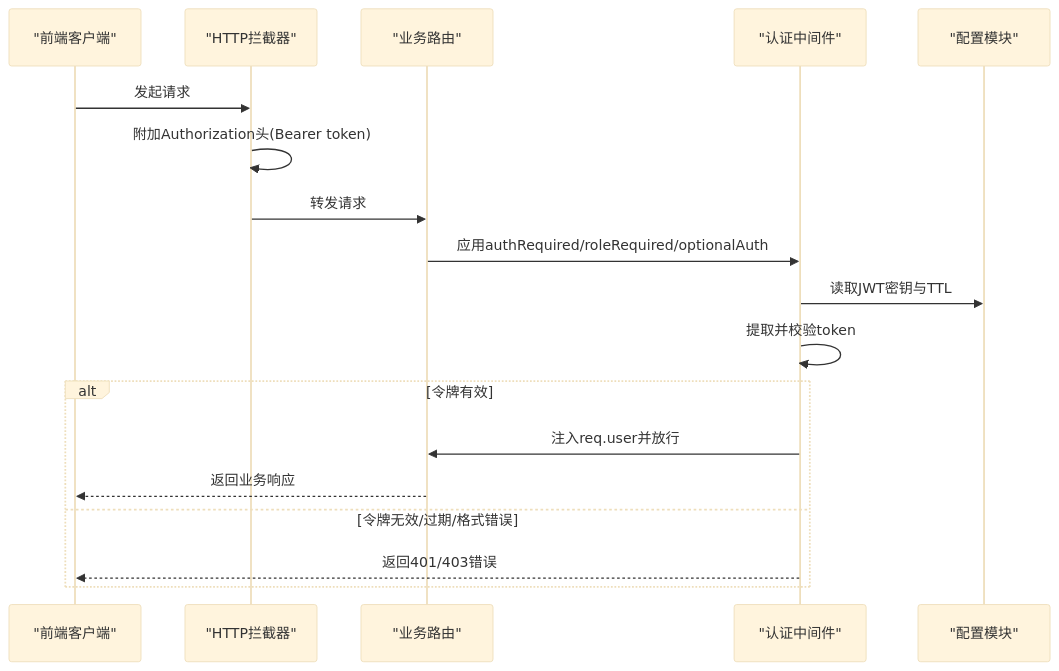
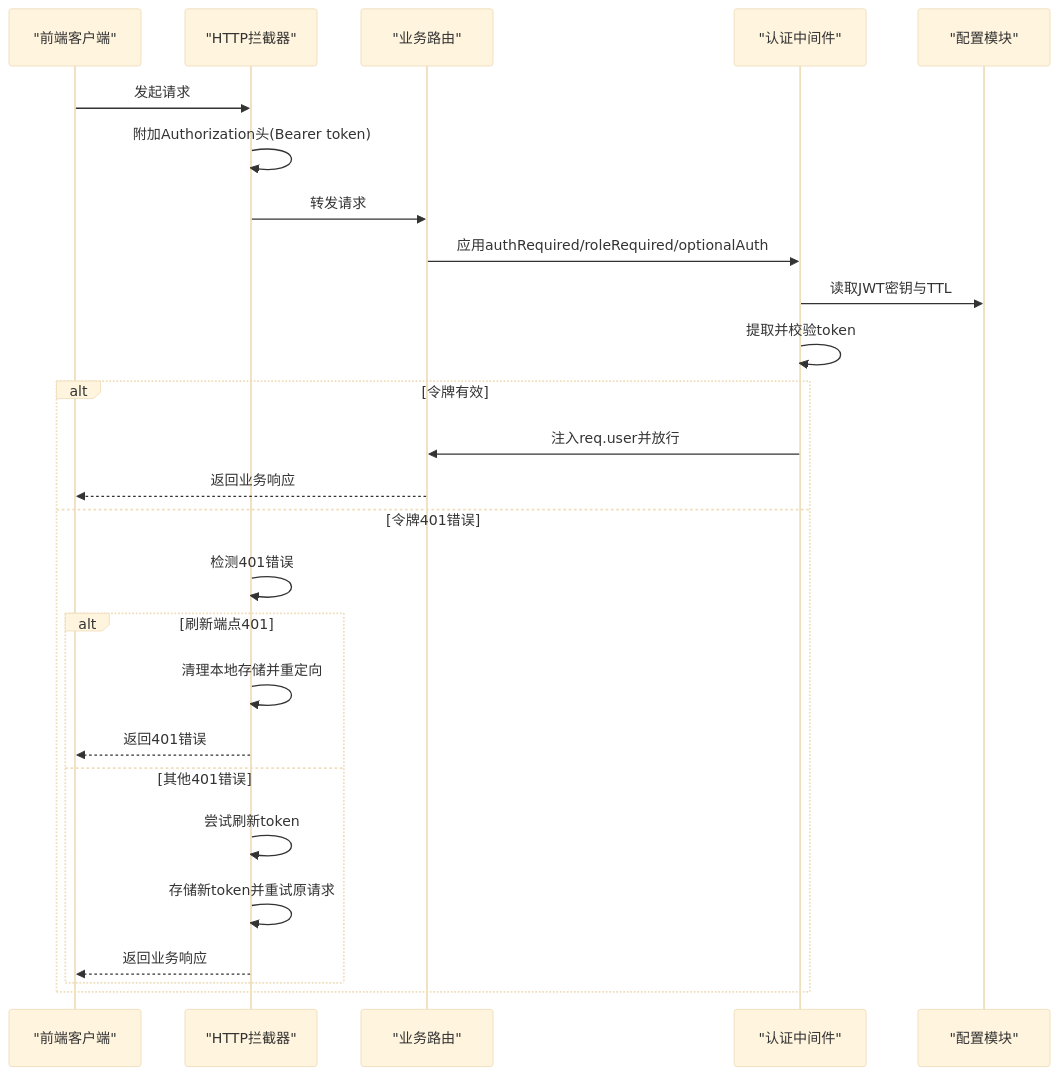
The second of 11 diagrams in .qoder/repowiki/zh/content/后端服务架构/核心服务模块/中间件系统/认证中间件.md (Giraffe-Han/microAPP), drawn with Mermaid (base theme) before and after one commit. The commit also changed other lines of this file and 176 other files, not shown here.

````diff
--- a/.qoder/repowiki/zh/content/后端服务架构/核心服务模块/中间件系统/认证中间件.md
+++ b/.qoder/repowiki/zh/content/后端服务架构/核心服务模块/中间件系统/认证中间件.md
@@ -126,20 +128,28 @@
 ```mermaid
 sequenceDiagram
 participant FE as "前端客户端"
 participant HTTP as "HTTP拦截器"
 participant ROUTE as "业务路由"
 participant AUTHMW as "认证中间件"
 participant CFG as "配置模块"
 FE->>HTTP : 发起请求
 HTTP->>HTTP : 附加Authorization头(Bearer token)
 HTTP->>ROUTE : 转发请求
 ROUTE->>AUTHMW : 应用authRequired/roleRequired/optionalAuth
 AUTHMW->>CFG : 读取JWT密钥与TTL
 AUTHMW->>AUTHMW : 提取并校验token
 alt 令牌有效
 AUTHMW->>ROUTE : 注入req.user并放行
 ROUTE-->>FE : 返回业务响应
-else 令牌无效/过期/格式错误
-AUTHMW-->>FE : 返回401/403错误
+else 令牌401错误
+HTTP->>HTTP : 检测401错误
+alt 刷新端点401
+HTTP->>HTTP : 清理本地存储并重定向
+HTTP-->>FE : 返回401错误
+else 其他401错误
+HTTP->>HTTP : 尝试刷新token
+HTTP->>HTTP : 存储新token并重试原请求
+HTTP-->>FE : 返回业务响应
+end
 end
 ```
````
